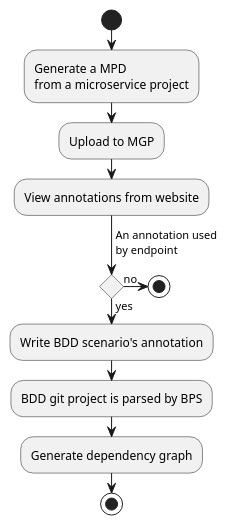
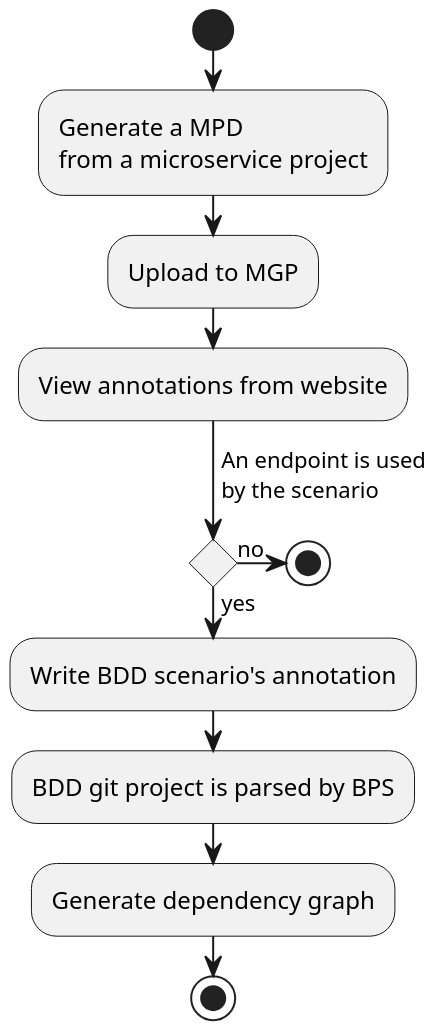
Before and after one commit to b4456609/mgp-back: the diagram in diagram/annotation.puml, drawn with PlantUML. The commit also changed 5 other files, not shown here.

```diff
--- a/diagram/annotation.puml
+++ b/diagram/annotation.puml
@@ -1,15 +1,16 @@
 @startuml
+scale 2
 start
 :Generate a MPD\nfrom a microservice project;
 :Upload to MGP;
 :View annotations from website;
--> An annotation used \nby endpoint;
+-> An endpoint is used \nby the scenario;
 if() then(yes)
 :Write BDD scenario's annotation;
 :BDD git project is parsed by BPS;
 :Generate dependency graph;
 else (no)
 stop
 endif
 stop
 @enduml
```
